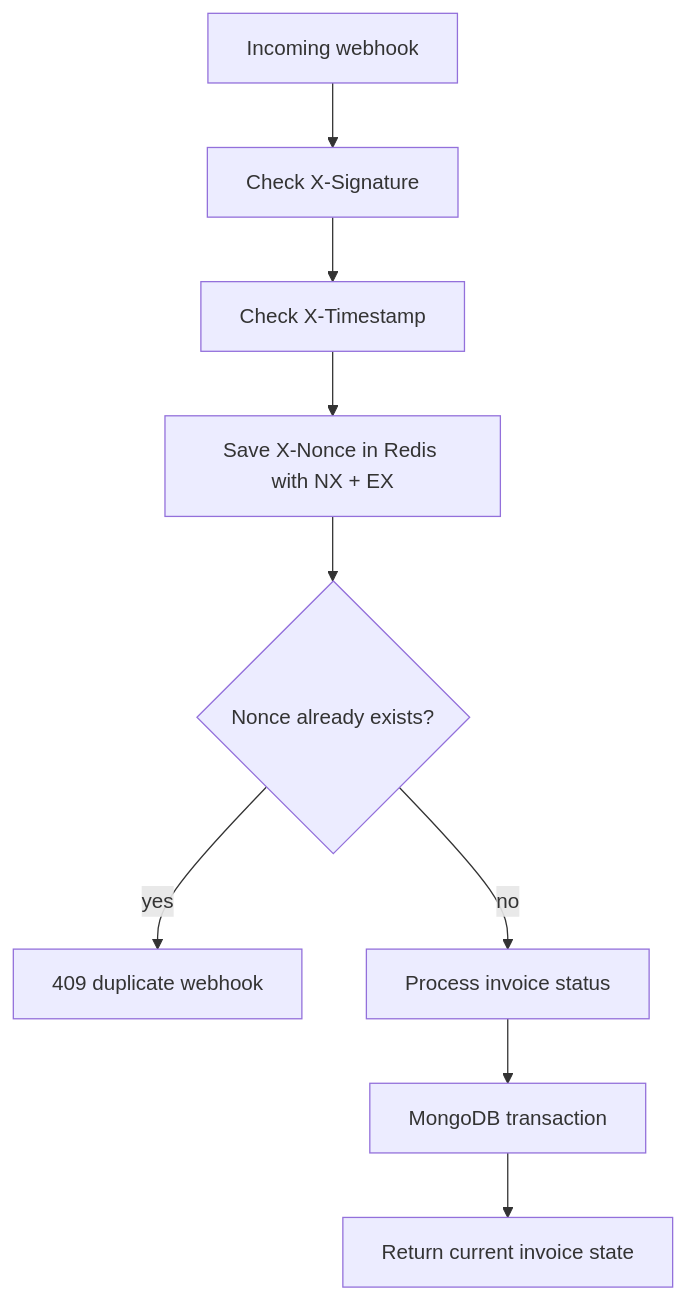
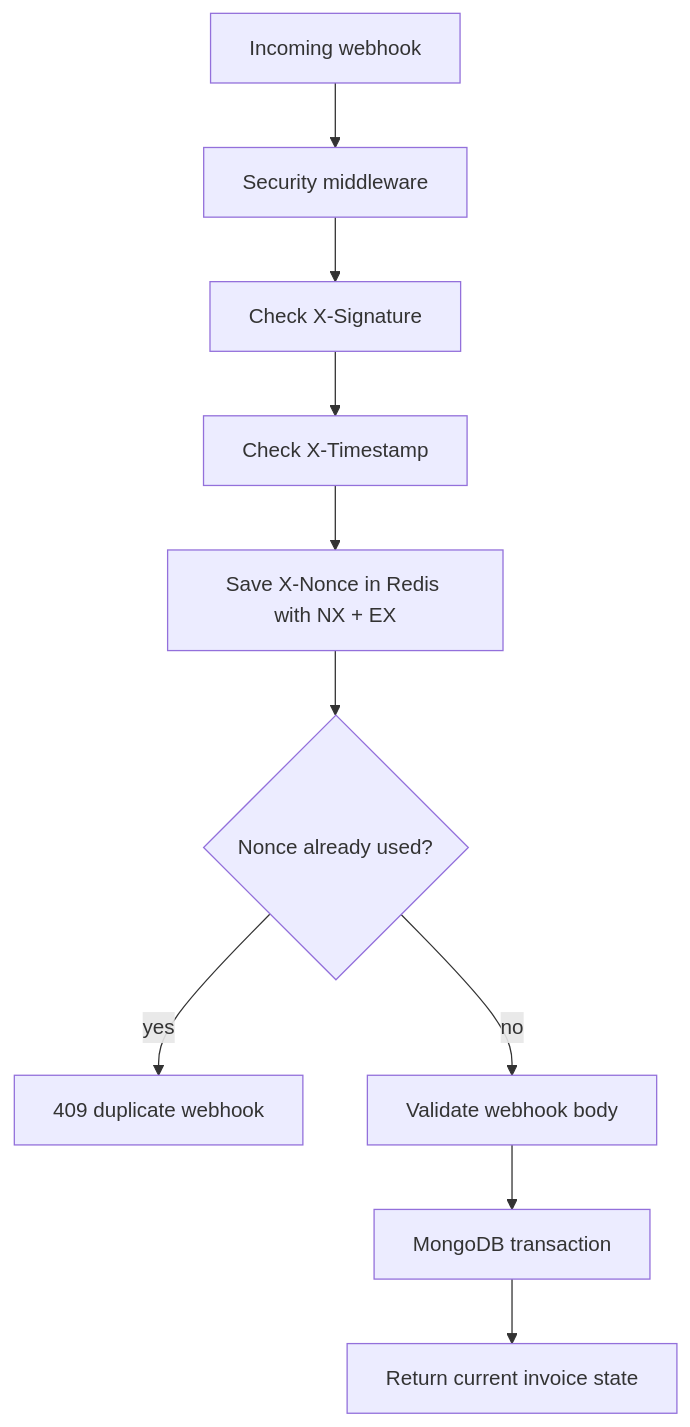
Before and after one commit to nbenliogludev/payment-processor: the second of 2 diagrams in README.md, drawn with Mermaid. The commit also changed other lines of this file and 5 other files, not shown here.

Commit message:
Move webhook security to middleware

````diff
--- a/README.md
+++ b/README.md
@@ -180,11 +183,12 @@
 ```mermaid
 flowchart TD
-  request["Incoming webhook"] --> signature["Check X-Signature"]
+  request["Incoming webhook"] --> middleware["Security middleware"]
+  middleware --> signature["Check X-Signature"]
   signature --> timestamp["Check X-Timestamp"]
   timestamp --> nonce["Save X-Nonce in Redis with NX + EX"]
-  nonce --> duplicate{"Nonce already exists?"}
+  nonce --> duplicate{"Nonce already used?"}
   duplicate -->|"yes"| reject["409 duplicate webhook"]
-  duplicate -->|"no"| process["Process invoice status"]
-  process --> transaction["MongoDB transaction"]
+  duplicate -->|"no"| validation["Validate webhook body"]
+  validation --> transaction["MongoDB transaction"]
   transaction --> result["Return current invoice state"]
 ```
````
